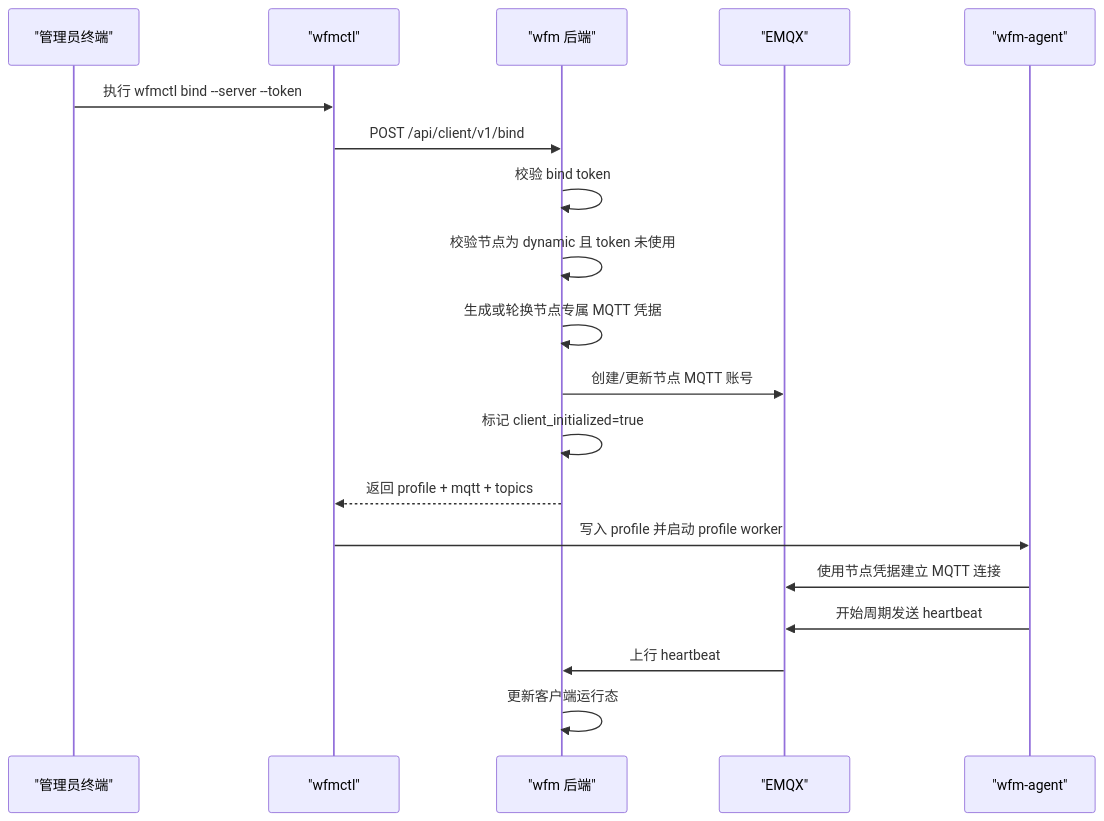
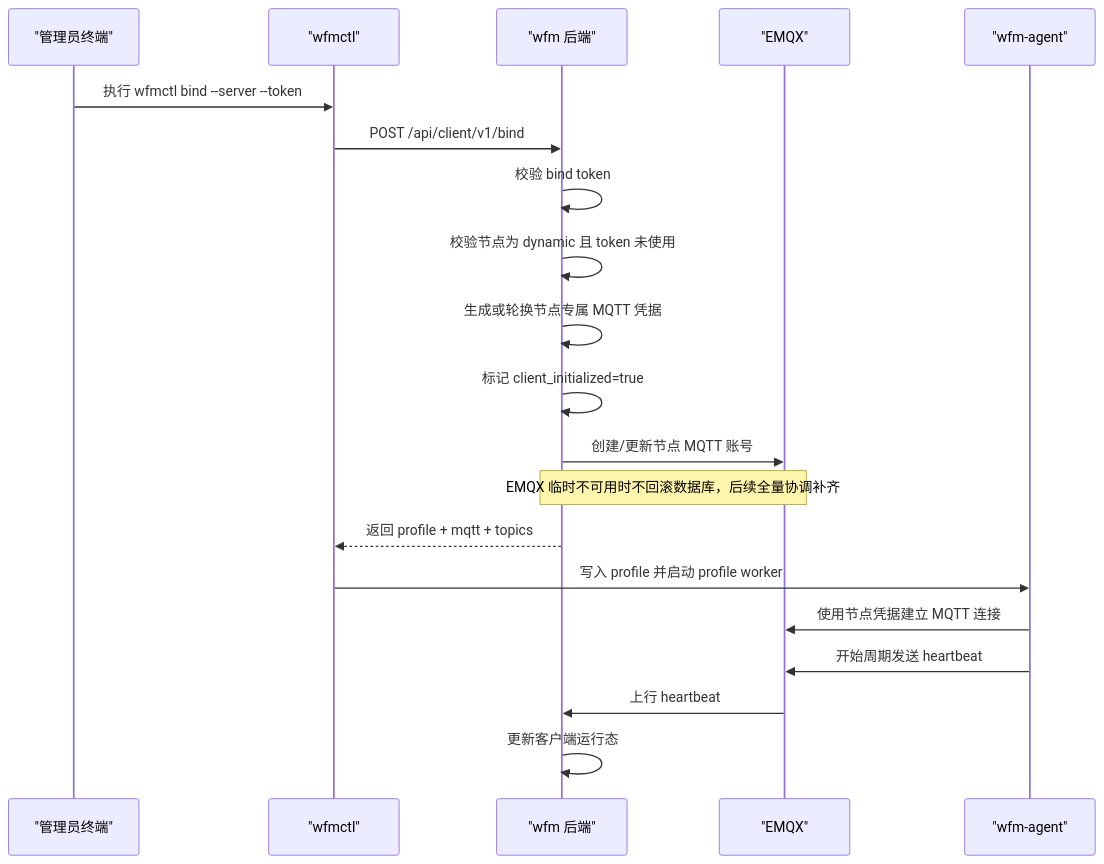
Before and after one commit to xinghenLuyus/wg-free-mesh: the second of 6 diagrams in docs/客户端接入时序设计.md, drawn with Mermaid. The commit also changed other lines of this file and 63 other files, not shown here.

````diff
--- a/docs/客户端接入时序设计.md
+++ b/docs/客户端接入时序设计.md
@@ -47,22 +47,23 @@
 ```mermaid
 sequenceDiagram
     participant A as "管理员终端"
     participant C as "wfmctl"
     participant B as "wfm 后端"
     participant E as "EMQX"
     participant G as "wfm-agent"
 
     A->>C: 执行 wfmctl bind --server --token
     C->>B: POST /api/client/v1/bind
     B->>B: 校验 bind token
     B->>B: 校验节点为 dynamic 且 token 未使用
     B->>B: 生成或轮换节点专属 MQTT 凭据
+    B->>B: 标记 client_initialized=true
     B->>E: 创建/更新节点 MQTT 账号
-    B->>B: 标记 client_initialized=true
+    Note over B,E: EMQX 临时不可用时不回滚数据库，后续全量协调补齐
     B-->>C: 返回 profile + mqtt + topics
     C->>G: 写入 profile 并启动 profile worker
     G->>E: 使用节点凭据建立 MQTT 连接
     G->>E: 开始周期发送 heartbeat
     E->>B: 上行 heartbeat
     B->>B: 更新客户端运行态
 ```
````
